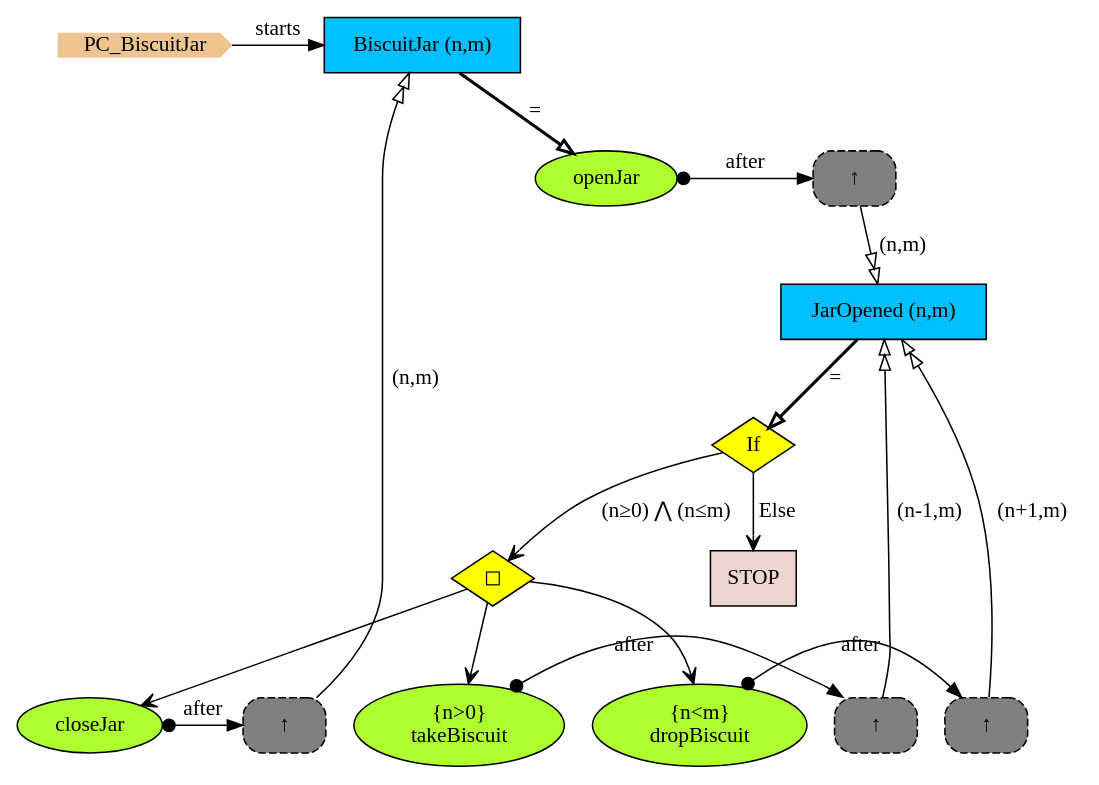
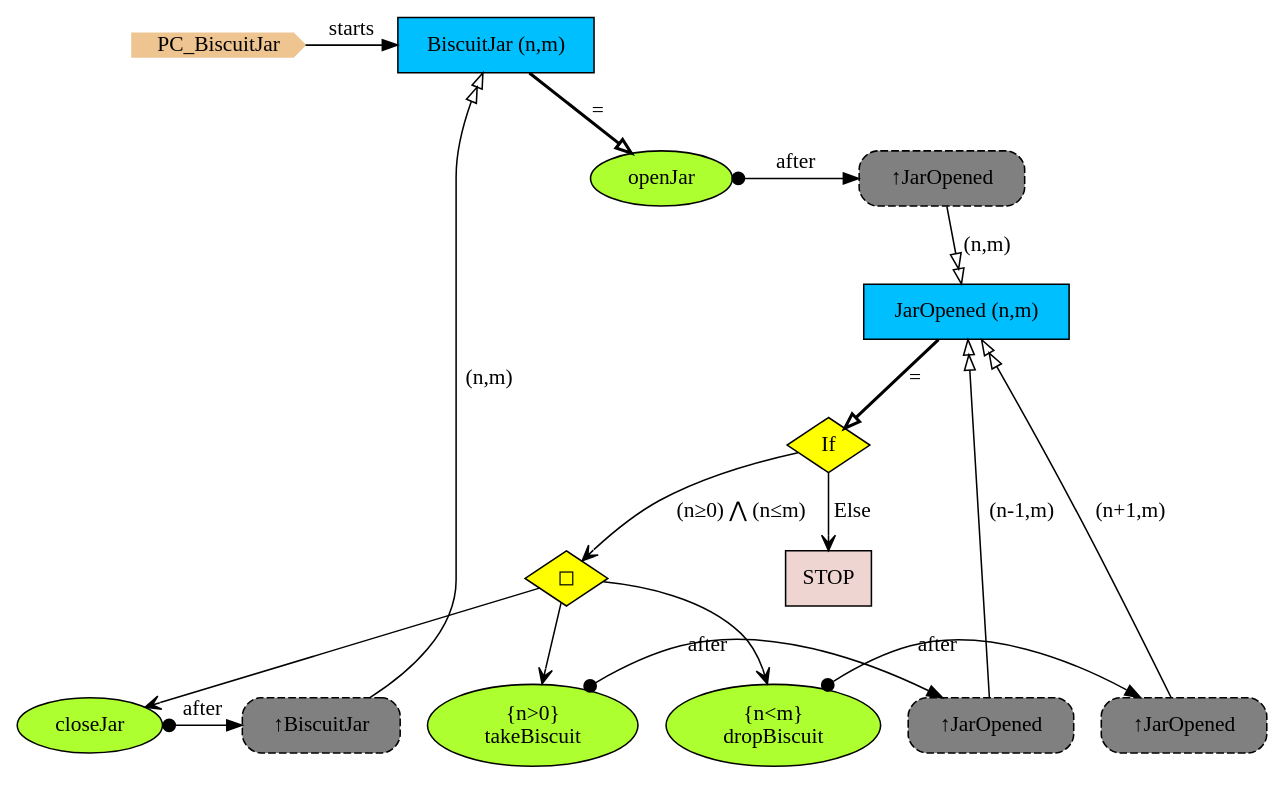
Before and after one commit to namalio/Fragmenta: the diagram in Haskell/PCs/Examples/img/PC_BiscuitJar.gv, drawn with Graphviz. The commit also changed 21 other files, not shown here.

```diff
--- a/Haskell/PCs/Examples/img/PC_BiscuitJar.gv
+++ b/Haskell/PCs/Examples/img/PC_BiscuitJar.gv
@@ -1,42 +1,42 @@
 digraph {
 
 StartN_ [shape = cds,color=burlywood2,style=filled,height=.2,width=.2, label =PC_BiscuitJar];
 openJar [shape=ellipse,fillcolor=greenyellow,style=filled,label="openJar"];
 JarOpened [shape=box,fillcolor=deepskyblue,style = filled,label="JarOpened (n,m)"];
 OpJarOpenedIf [shape=diamond,fillcolor=yellow,style=filled,label="If"];
 takeBiscuit [shape=ellipse,fillcolor=greenyellow,style=filled,label=" {n>0}
 takeBiscuit"];
 closeJar [shape=ellipse,fillcolor=greenyellow,style=filled,label="closeJar"];
-RefJarOpenedDrop [shape=rectangle,fillcolor=gray,style="rounded,filled,dashed",label="↑ "];
-RefBiscuitJar [shape=rectangle,fillcolor=gray,style="rounded,filled,dashed",label="↑ "];
-RefJarOpenedTake [shape=rectangle,fillcolor=gray,style="rounded,filled,dashed",label="↑ "];
-RefJarOpened [shape=rectangle,fillcolor=gray,style="rounded,filled,dashed",label="↑ "];
+RefJarOpenedDrop [shape=rectangle,fillcolor=gray,style="rounded,filled,dashed",label="↑JarOpened "];
+RefBiscuitJar [shape=rectangle,fillcolor=gray,style="rounded,filled,dashed",label="↑BiscuitJar "];
+RefJarOpenedTake [shape=rectangle,fillcolor=gray,style="rounded,filled,dashed",label="↑JarOpened "];
+RefJarOpened [shape=rectangle,fillcolor=gray,style="rounded,filled,dashed",label="↑JarOpened "];
 dropBiscuit [shape=ellipse,fillcolor=greenyellow,style=filled,label=" {n<m}
 dropBiscuit"];
 OpJarOpened [shape=diamond,fillcolor=yellow,style=filled,label="◻︎"];
 STOP [shape=box,fillcolor=mistyrose2,style = filled,label="STOP"];
 BiscuitJar [shape=box,fillcolor=deepskyblue,style = filled,label="BiscuitJar (n,m)"];
 
 {rank=same;RefBiscuitJar,closeJar}
 {rank=same;RefJarOpenedDrop,dropBiscuit}
 {rank=same;RefJarOpened,openJar}
 {rank=same;RefJarOpenedTake,takeBiscuit}
 {rank=same;BiscuitJar,StartN_}
 
 closeJar->RefBiscuitJar[arrowtail=dot,dir=both,label="after"];
 dropBiscuit->RefJarOpenedDrop[arrowtail=dot,dir=both,label="after"];
 RefJarOpenedDrop->JarOpened[arrowhead="normalnormal",fillcolor=white,label=" (n+1,m)"];
 openJar->RefJarOpened[arrowtail=dot,dir=both,label="after"];
 OpJarOpened->closeJar[arrowhead="open"];
 OpJarOpened->takeBiscuit[arrowhead="open"];
 OpJarOpenedIf->OpJarOpened[arrowhead="open",label="(n≥0) ⋀ (n≤m)"];
 OpJarOpenedIf->STOP[arrowhead="open",label="Else"];
 OpJarOpened->dropBiscuit[arrowhead="open"];
 RefJarOpened->JarOpened[arrowhead="normalnormal",fillcolor=white,label=" (n,m)"];
 RefJarOpenedTake->JarOpened[arrowhead="normalnormal",fillcolor=white,label=" (n-1,m)"];
 takeBiscuit->RefJarOpenedTake[arrowtail=dot,dir=both,label="after"];
 RefBiscuitJar->BiscuitJar[arrowhead="normalnormal",fillcolor=white,label=" (n,m)"];
 JarOpened->OpJarOpenedIf[arrowhead="onormal",penwidth=2,label="="];
 BiscuitJar->openJar[arrowhead="onormal",penwidth=2,label="="];
 StartN_->BiscuitJar[label="starts"];
 }
```
